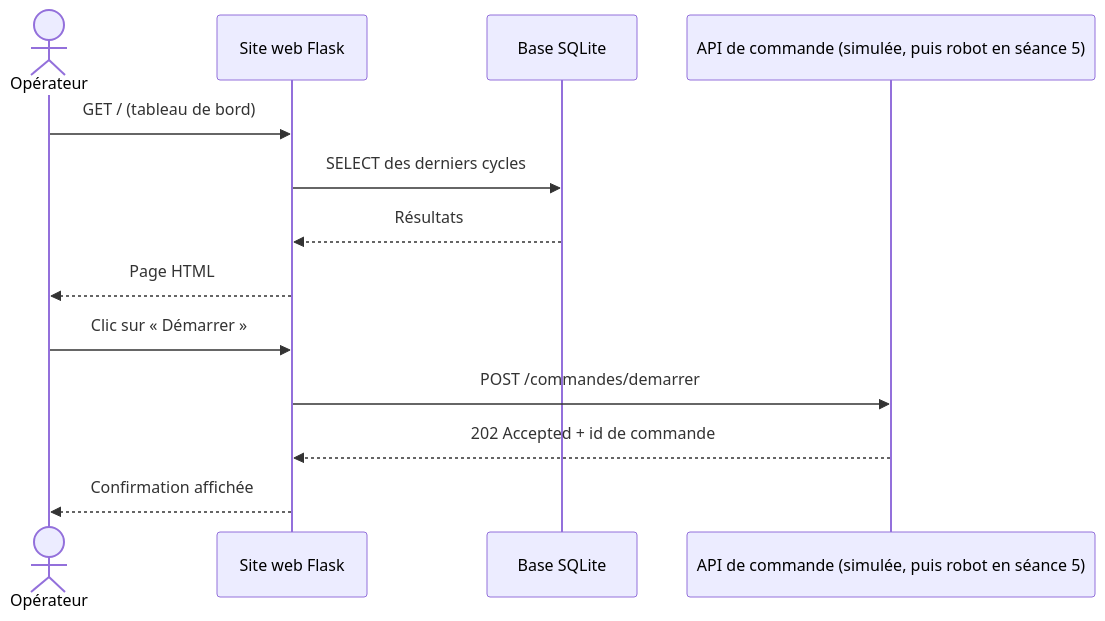
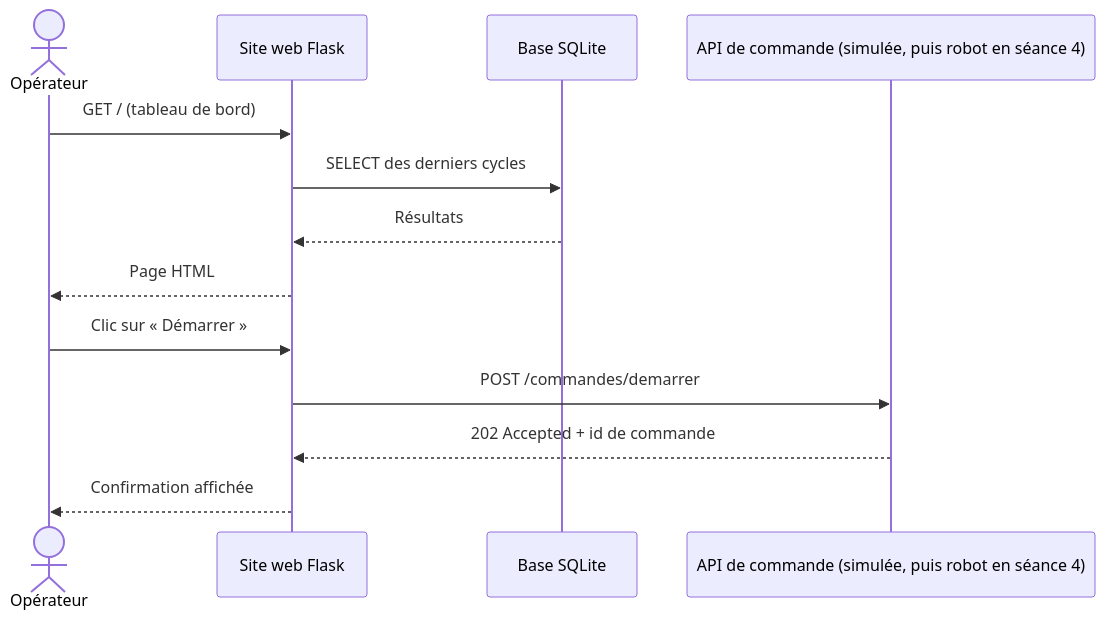
The third of 4 diagrams in progression_pedagogique/BACHINGE24.md (fabrice1618/niryo2), drawn with Mermaid before and after one commit. The commit also changed other lines of this file and 47 other files, not shown here.

````diff
--- a/progression_pedagogique/BACHINGE24.md
+++ b/progression_pedagogique/BACHINGE24.md
@@ -303,15 +266,15 @@
 ```mermaid
 sequenceDiagram
     actor O as Opérateur
     participant W as Site web Flask
     participant DB as Base SQLite
-    participant A as API de commande (simulée, puis robot en séance 5)
+    participant A as API de commande (simulée, puis robot en séance 4)
     O->>W: GET / (tableau de bord)
     W->>DB: SELECT des derniers cycles
     DB-->>W: Résultats
     W-->>O: Page HTML
     O->>W: Clic sur « Démarrer »
     W->>A: POST /commandes/demarrer
     A-->>W: 202 Accepted + id de commande
     W-->>O: Confirmation affichée
 ```
````
